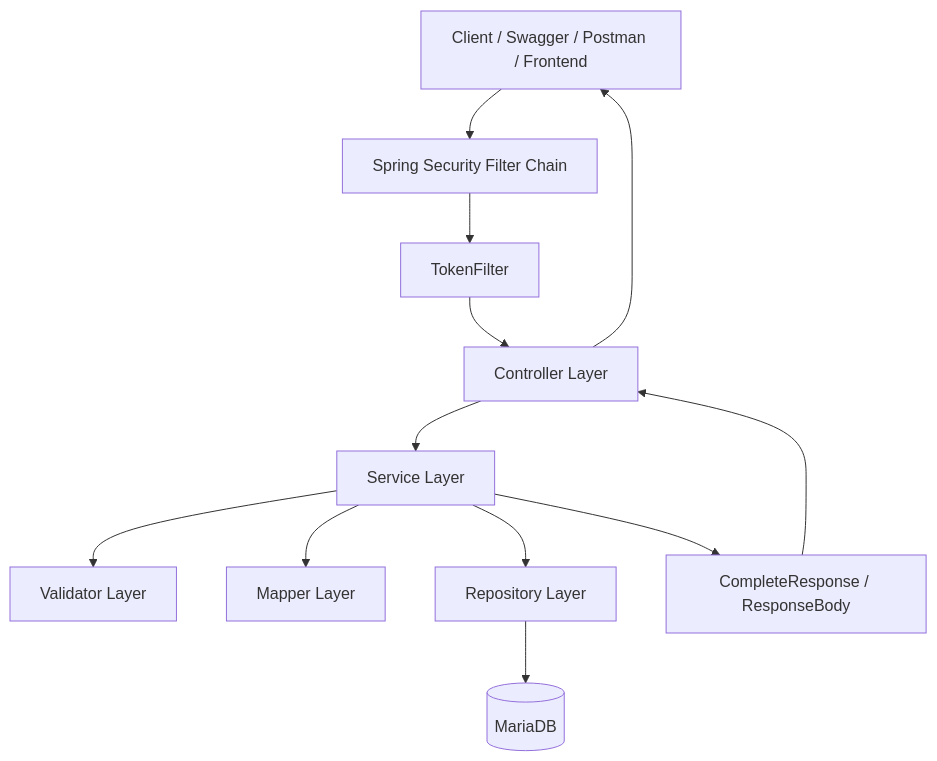
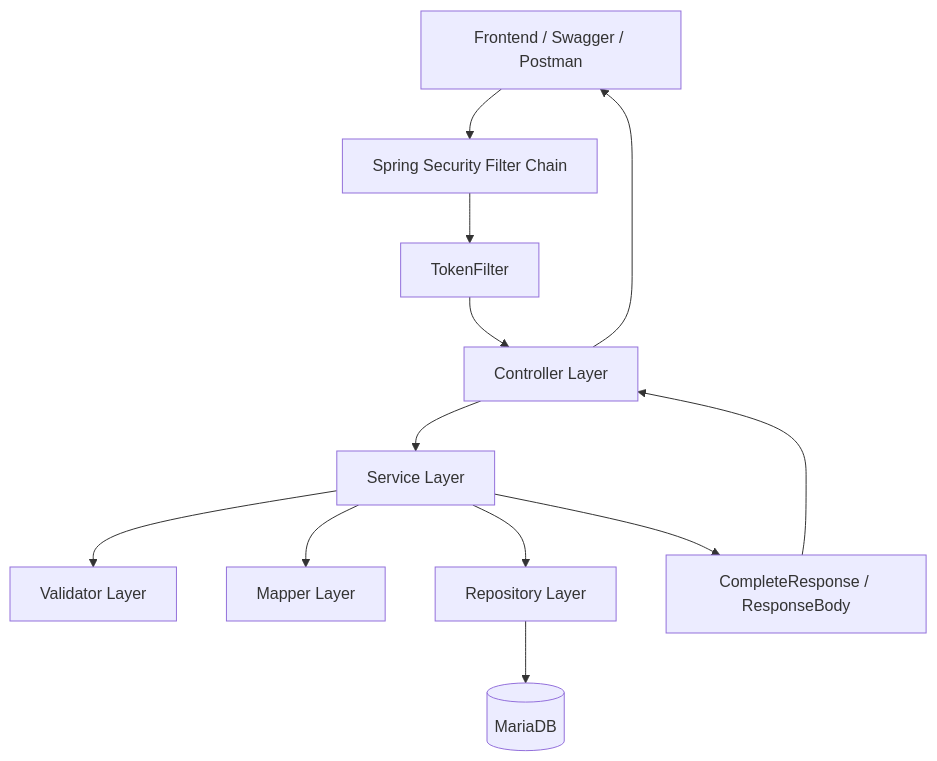
One commit to JustinBui22/wandermate-fullstack changed the first of 3 diagrams in backend/docs/ARCHITECTURE.md. Above: the diagram before and after it, drawn with Mermaid. The commit also changed other lines of this file and 14 other files, not shown here.

````diff
--- a/backend/docs/ARCHITECTURE.md
+++ b/backend/docs/ARCHITECTURE.md
@@ -9,15 +9,14 @@
 ```mermaid
 flowchart TD
-    Client[Client / Swagger / Postman / Frontend] --> Security[Spring Security Filter Chain]
+    Client[Frontend / Swagger / Postman] --> Security[Spring Security Filter Chain]
     Security --> TokenFilter[TokenFilter]
     TokenFilter --> Controller[Controller Layer]
     Controller --> Service[Service Layer]
     Service --> Validator[Validator Layer]
     Service --> Mapper[Mapper Layer]
     Service --> Repository[Repository Layer]
     Repository --> DB[(MariaDB)]
-
     Service --> Response[CompleteResponse / ResponseBody]
     Response --> Controller
     Controller --> Client
 ```
````
